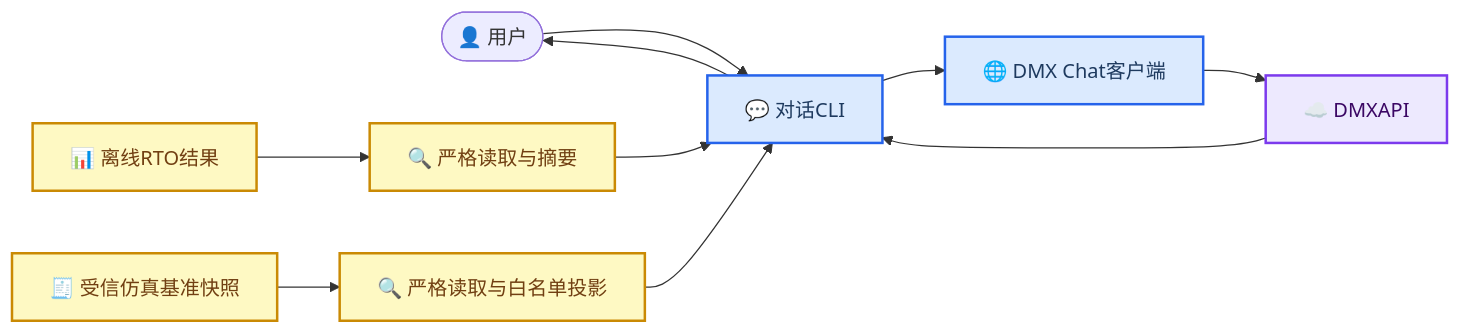
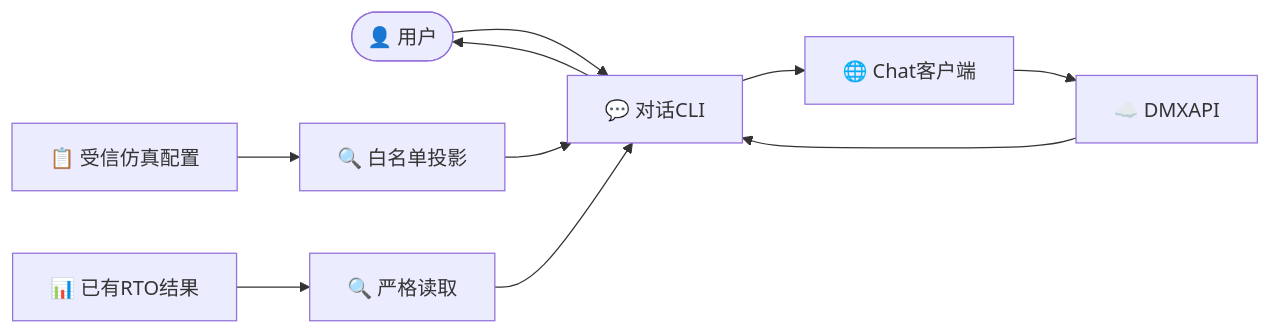
Before and after one commit to lvguima/petroleum_rto_agent: the diagram in docs/domain_model/01_聚合式垂域模型综合说明.md, drawn with Mermaid. The commit also changed other lines of this file and 240 other files, not shown here.

````diff
--- a/docs/domain_model/01_聚合式垂域模型综合说明.md
+++ b/docs/domain_model/01_聚合式垂域模型综合说明.md
@@ -11,23 +11,15 @@
 ```mermaid
 flowchart LR
-    accTitle: Minimal Domain Chat Flow
-    accDescr: User messages, a trusted simulation-context projection, and RTO result summaries share one in-memory chat session, while the CLI never starts optimization or simulation.
+    accTitle: 源码区DMX对话路径
+    accDescr: 普通消息、受信仿真工况的白名单投影和严格读取后的RTO结果摘要进入同一内存会话，CLI不会启动求解、仿真、审批或发布。
 
     user([👤 用户]) --> chat_cli[💬 对话CLI]
-    chat_cli --> chat_client[🌐 DMX Chat客户端]
+    chat_cli --> chat_client[🌐 Chat客户端]
     chat_client --> dmx_api[☁️ DMXAPI]
     dmx_api --> chat_cli
-    rto_result[📊 离线RTO结果] --> strict_inspect[🔍 严格读取与摘要]
-    strict_inspect --> chat_cli
-    simulation_context[🧾 受信仿真基准快照] --> status_projection[🔍 严格读取与白名单投影]
-    status_projection --> chat_cli
+    trusted_context[📋 受信仿真配置] --> safe_projection[🔍 白名单投影]
+    existing_result[📊 已有RTO结果] --> strict_reader[🔍 严格读取]
+    safe_projection --> chat_cli
+    strict_reader --> chat_cli
     chat_cli --> user
-
-    classDef primary fill:#dbeafe,stroke:#2563eb,stroke-width:2px,color:#1e3a5f
-    classDef protected fill:#fef9c3,stroke:#ca8a04,stroke-width:2px,color:#713f12
-    classDef external fill:#ede9fe,stroke:#7c3aed,stroke-width:2px,color:#3b0764
-
-    class chat_cli,chat_client primary
-    class rto_result,strict_inspect,simulation_context,status_projection protected
-    class dmx_api external
 ```
````
